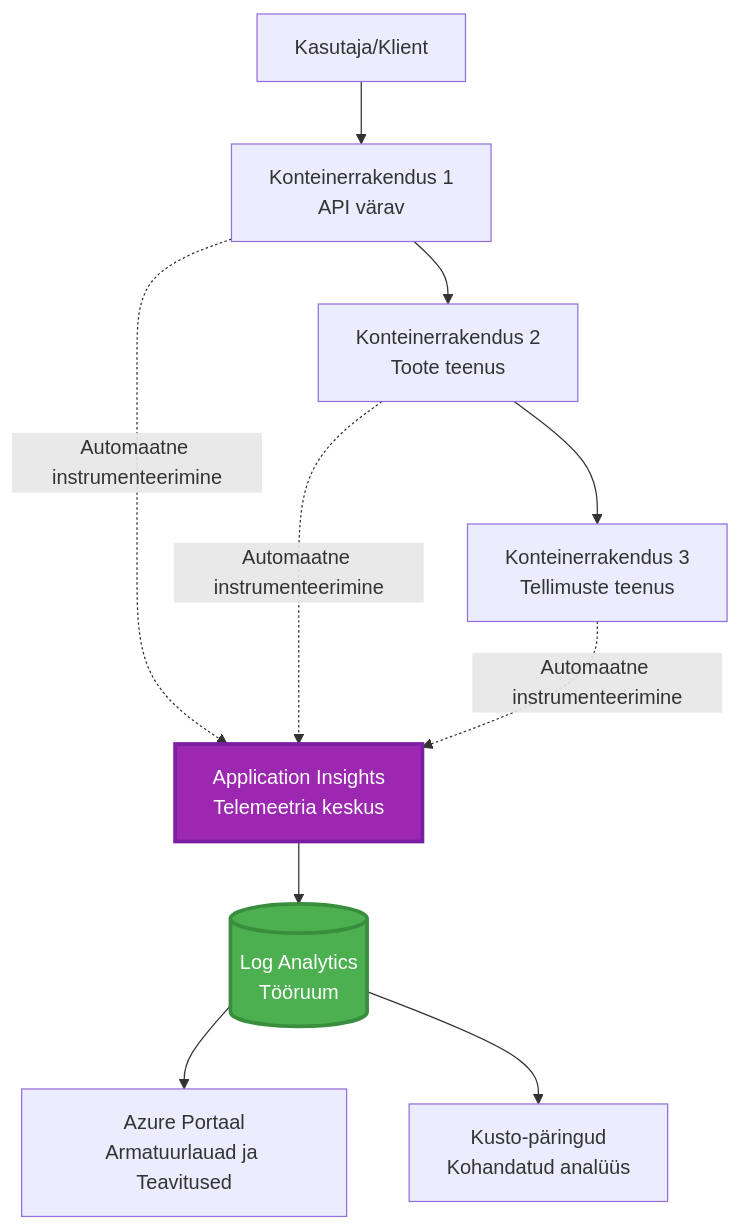
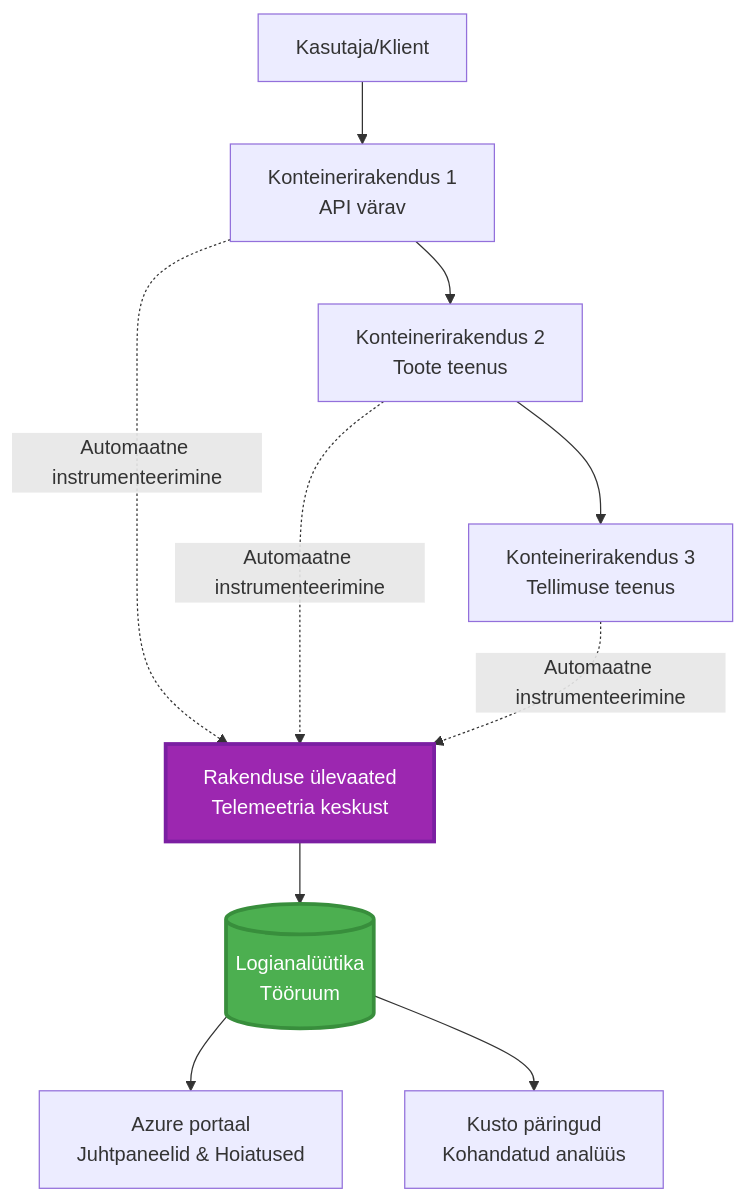
The first of 2 diagrams in translations/et/docs/chapter-06-pre-deployment/application-insights.md (microsoft/AZD-for-beginners), drawn with Mermaid before and after one commit. The commit also changed other lines of this file and 101 other files, not shown here.

````diff
--- a/translations/et/docs/chapter-06-pre-deployment/application-insights.md
+++ b/translations/et/docs/chapter-06-pre-deployment/application-insights.md
@@ -58,28 +58,28 @@
 ```mermaid
 graph TB
     User[Kasutaja/Klient]
-    App1[Konteinerrakendus 1<br/>API värav]
-    App2[Konteinerrakendus 2<br/>Toote teenus]
-    App3[Konteinerrakendus 3<br/>Tellimuste teenus]
+    App1[Konteinerirakendus 1<br/>API värav]
+    App2[Konteinerirakendus 2<br/>Toote teenus]
+    App3[Konteinerirakendus 3<br/>Tellimuse teenus]
     
-    AppInsights[Application Insights<br/>Telemeetria keskus]
-    LogAnalytics[(Log Analytics<br/>Tööruum)]
+    AppInsights[Rakenduse ülevaated<br/>Telemeetria keskust]
+    LogAnalytics[(Logianalüütika<br/>Tööruum)]
     
-    Portal[Azure Portaal<br/>Armatuurlauad ja Teavitused]
-    Query[Kusto-päringud<br/>Kohandatud analüüs]
+    Portal[Azure portaal<br/>Juhtpaneelid & Hoiatused]
+    Query[Kusto päringud<br/>Kohandatud analüüs]
     
     User --> App1
     App1 --> App2
     App2 --> App3
     
     App1 -.->|Automaatne instrumenteerimine| AppInsights
     App2 -.->|Automaatne instrumenteerimine| AppInsights
     App3 -.->|Automaatne instrumenteerimine| AppInsights
     
     AppInsights --> LogAnalytics
     LogAnalytics --> Portal
     LogAnalytics --> Query
     
     style AppInsights fill:#9C27B0,stroke:#7B1FA2,stroke-width:3px,color:#fff
     style LogAnalytics fill:#4CAF50,stroke:#388E3C,stroke-width:3px,color:#fff
 ```
````
